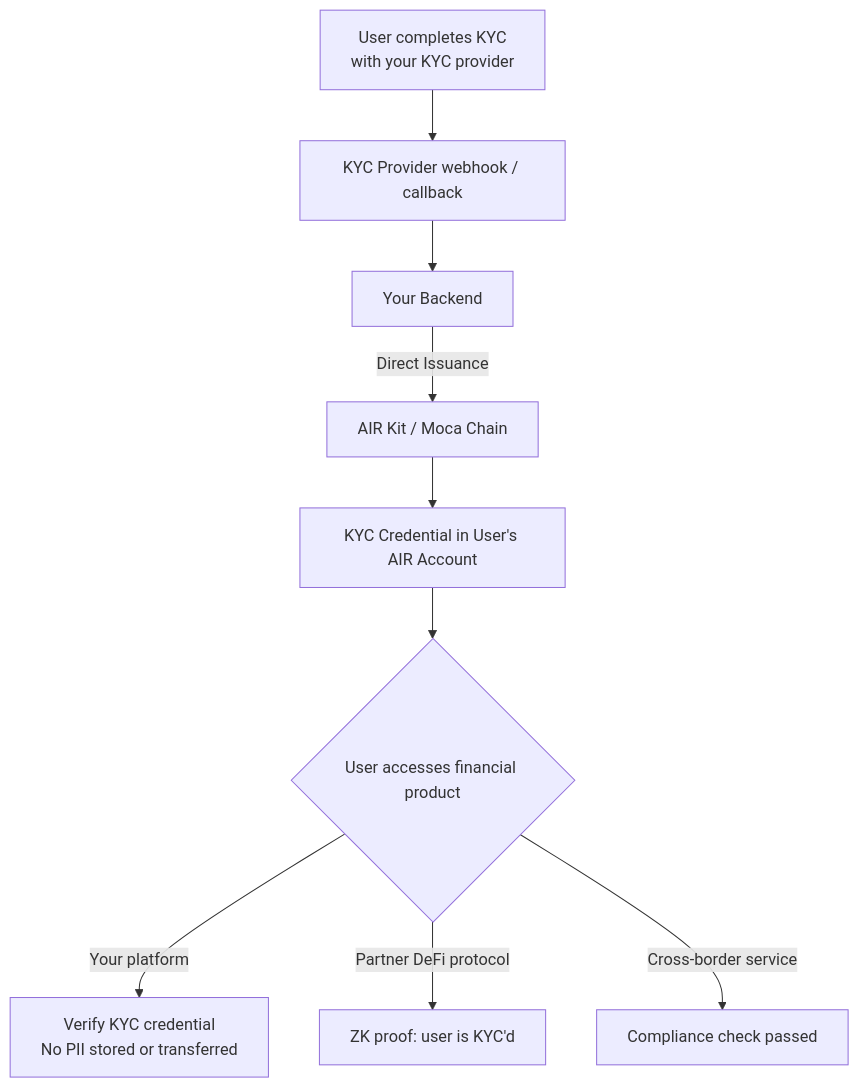
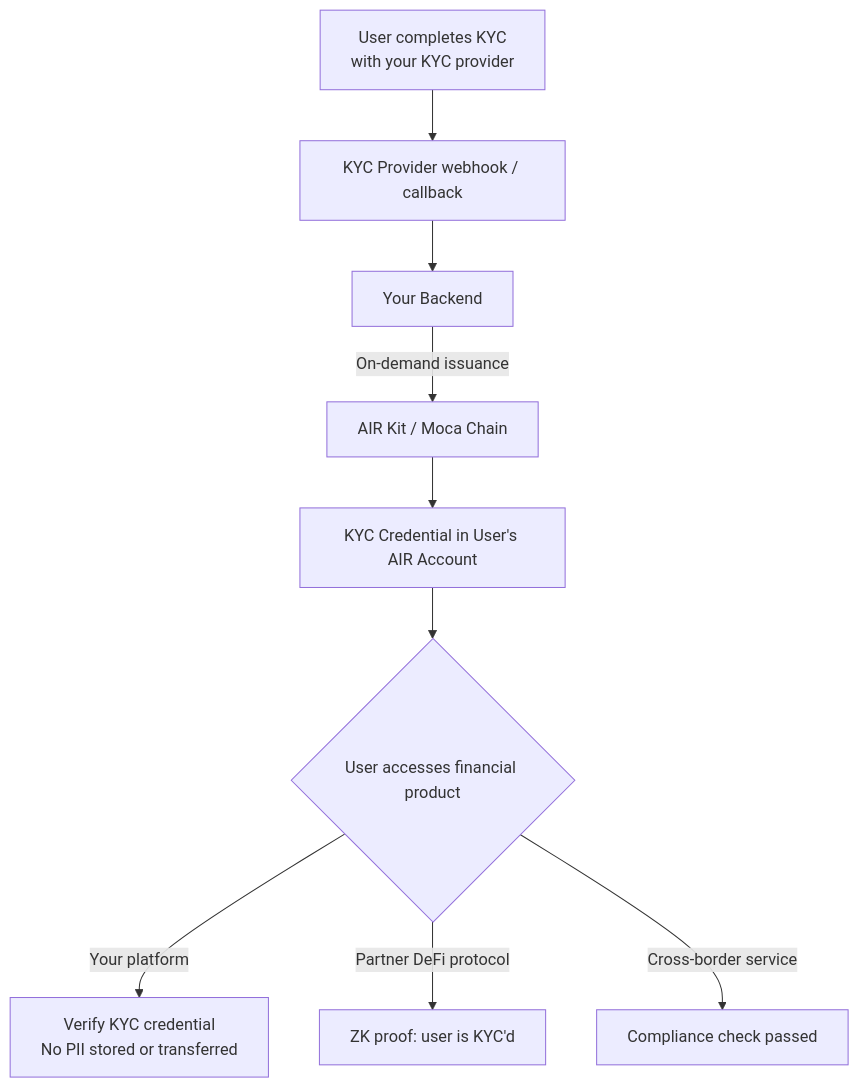
The diagram in airkit/guides/air-for-fintech.mdx (MocaNetwork/docs), drawn with Mermaid before and after one commit. The commit also changed other lines of this file and 31 other files, not shown here.

````diff
--- a/airkit/guides/air-for-fintech.mdx
+++ b/airkit/guides/air-for-fintech.mdx
@@ -19,12 +19,12 @@
 ```mermaid
 graph TD
     A["User completes KYC\nwith your KYC provider"] --> B["KYC Provider webhook / callback"]
     B --> C[Your Backend]
-    C -->|Direct Issuance| D[AIR Kit / Moca Chain]
+    C -->|On-demand issuance| D[AIR Kit / Moca Chain]
     D --> E[KYC Credential in User's AIR Account]
 
     E --> F{User accesses financial product}
     F -->|Your platform| G["Verify KYC credential\nNo PII stored or transferred"]
     F -->|Partner DeFi protocol| H["ZK proof: user is KYC'd"]
     F -->|Cross-border service| I[Compliance check passed]
 ```
````
